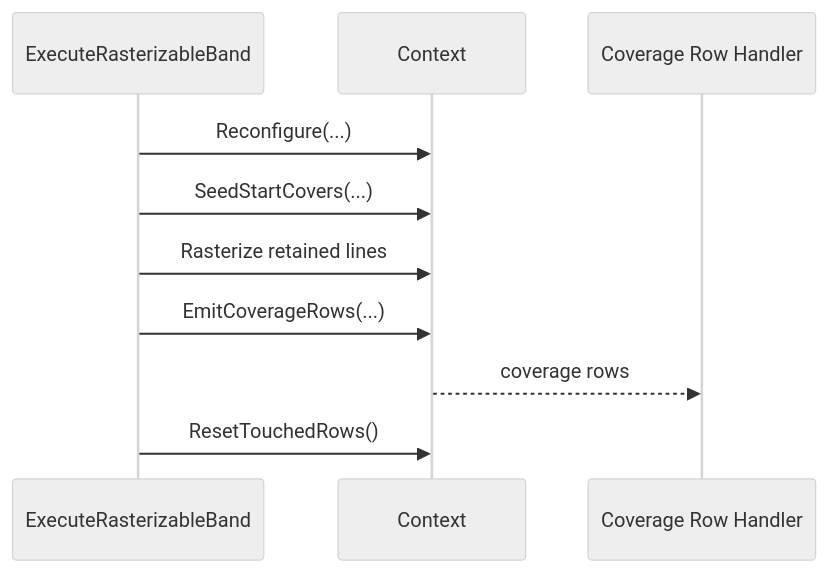
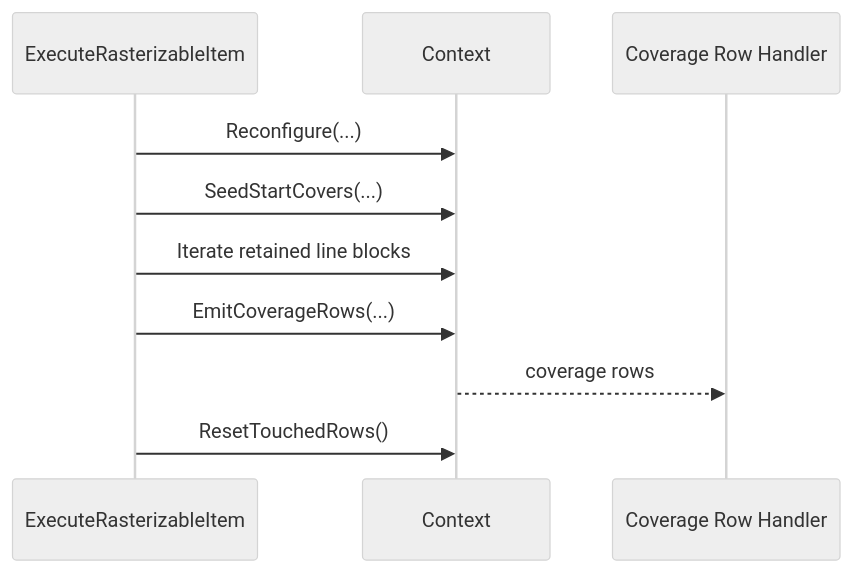
One commit to SixLabors/ImageSharp.Drawing changed the second of 6 diagrams in src/ImageSharp.Drawing/Processing/Backends/DEFAULT_RASTERIZER.md. Above: the diagram before and after it, drawn with Mermaid (neutral theme). The commit also changed other lines of this file and 102 other files, not shown here.

````diff
--- a/src/ImageSharp.Drawing/Processing/Backends/DEFAULT_RASTERIZER.md
+++ b/src/ImageSharp.Drawing/Processing/Backends/DEFAULT_RASTERIZER.md
@@ -183,13 +183,13 @@
 ```mermaid
 sequenceDiagram
-    participant Exec as ExecuteRasterizableBand
+    participant Exec as ExecuteRasterizableItem
     participant Ctx as Context
     participant Emit as Coverage Row Handler
 
     Exec->>Ctx: Reconfigure(...)
     Exec->>Ctx: SeedStartCovers(...)
-    Exec->>Ctx: Rasterize retained lines
+    Exec->>Ctx: Iterate retained line blocks
     Exec->>Ctx: EmitCoverageRows(...)
     Ctx-->>Emit: coverage rows
     Exec->>Ctx: ResetTouchedRows()
 ```
````
